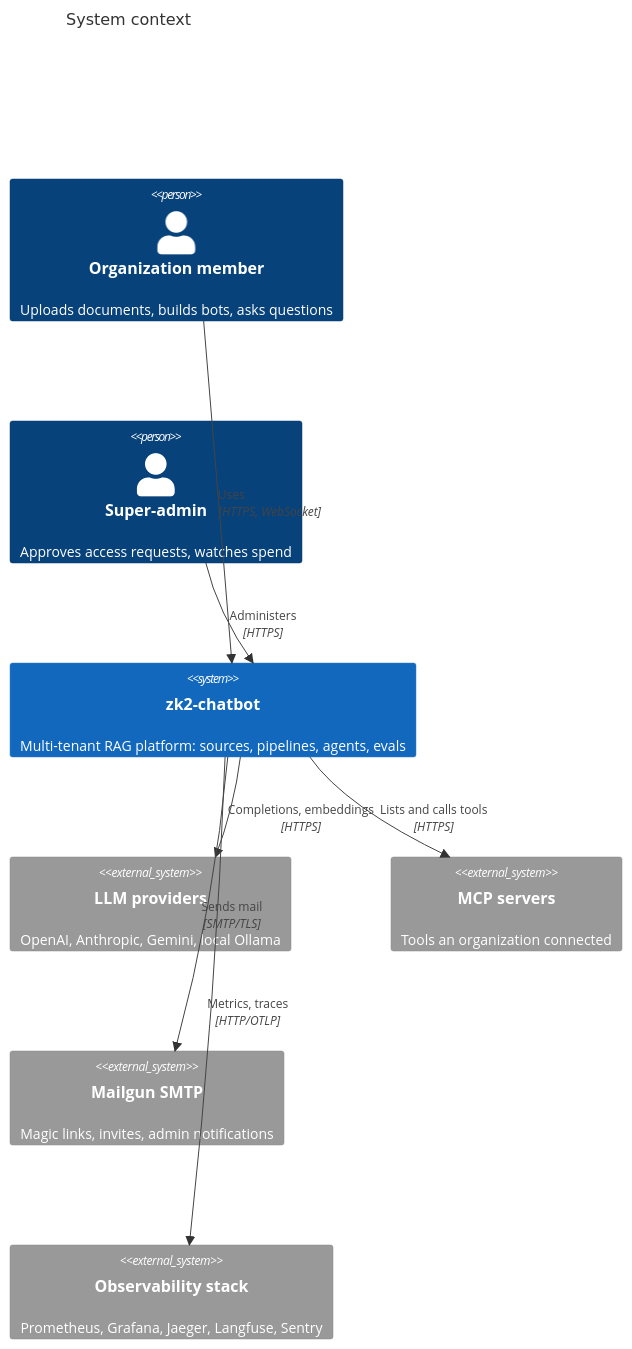
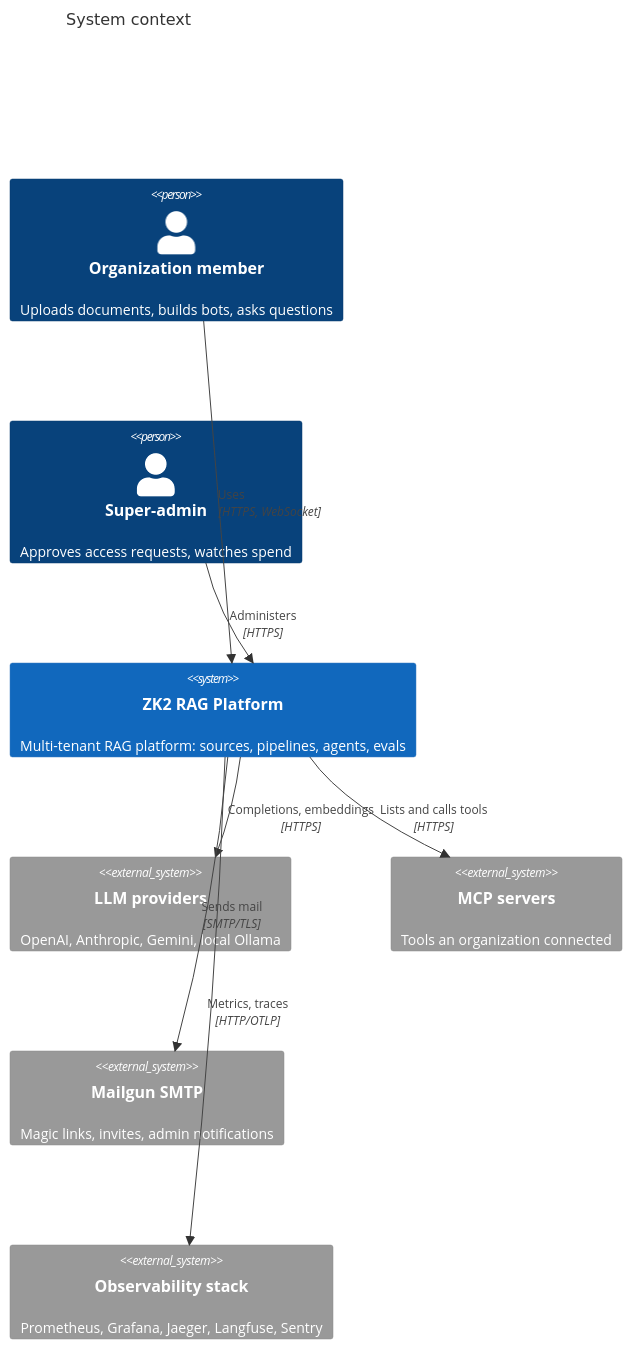
Before and after one commit to zk2/zk2-rag-platform: the first of 5 diagrams in docs/architecture.md, drawn with Mermaid. The commit also changed other lines of this file and 19 other files, not shown here.

First line of the commit message:
chore: rename the project to zk2-rag-platform

````diff
--- a/docs/architecture.md
+++ b/docs/architecture.md
@@ -10,21 +10,21 @@
 ```mermaid
 C4Context
   title System context
 
   Person(member, "Organization member", "Uploads documents, builds bots, asks questions")
   Person(admin, "Super-admin", "Approves access requests, watches spend")
 
-  System(zk2, "zk2-chatbot", "Multi-tenant RAG platform: sources, pipelines, agents, evals")
+  System(zk2, "ZK2 RAG Platform", "Multi-tenant RAG platform: sources, pipelines, agents, evals")
 
   System_Ext(providers, "LLM providers", "OpenAI, Anthropic, Gemini, local Ollama")
   System_Ext(mcp, "MCP servers", "Tools an organization connected")
   System_Ext(smtp, "Mailgun SMTP", "Magic links, invites, admin notifications")
   System_Ext(obs, "Observability stack", "Prometheus, Grafana, Jaeger, Langfuse, Sentry")
 
   Rel(member, zk2, "Uses", "HTTPS, WebSocket")
   Rel(admin, zk2, "Administers", "HTTPS")
   Rel(zk2, providers, "Completions, embeddings", "HTTPS")
   Rel(zk2, mcp, "Lists and calls tools", "HTTPS")
   Rel(zk2, smtp, "Sends mail", "SMTP/TLS")
   Rel(zk2, obs, "Metrics, traces", "HTTP/OTLP")
 ```
````
